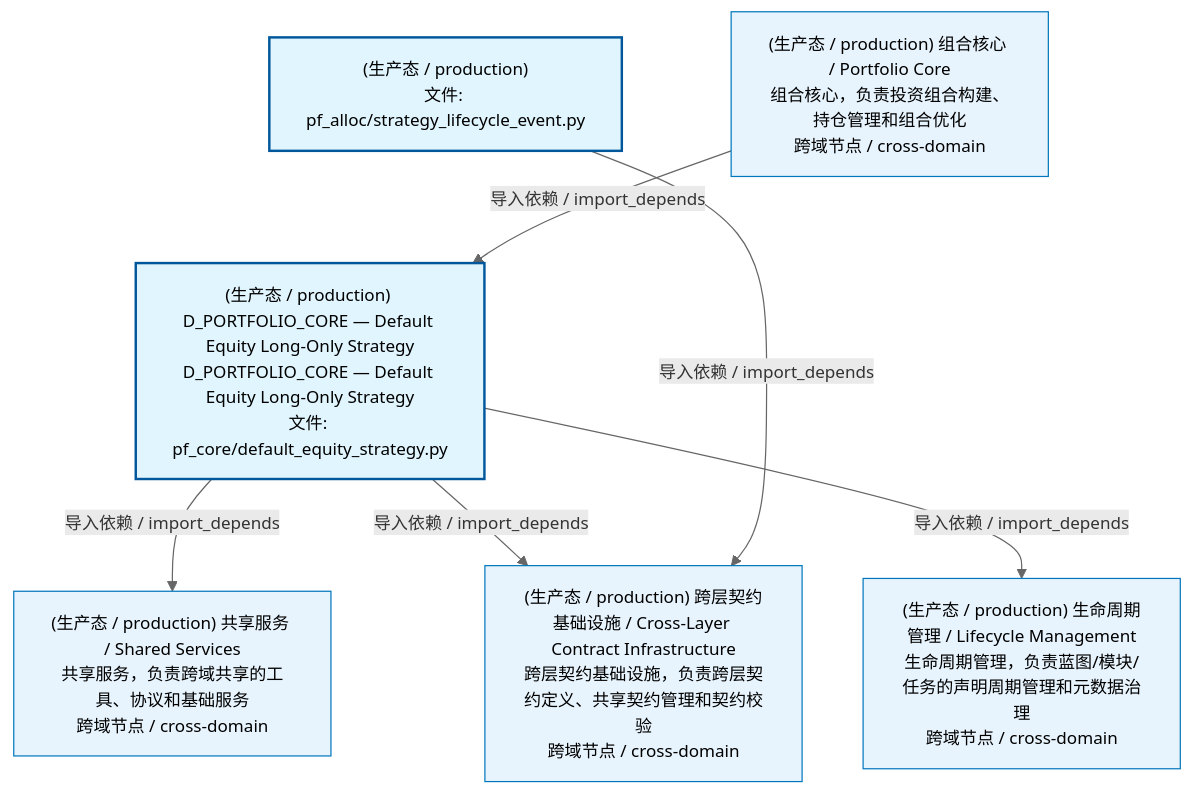
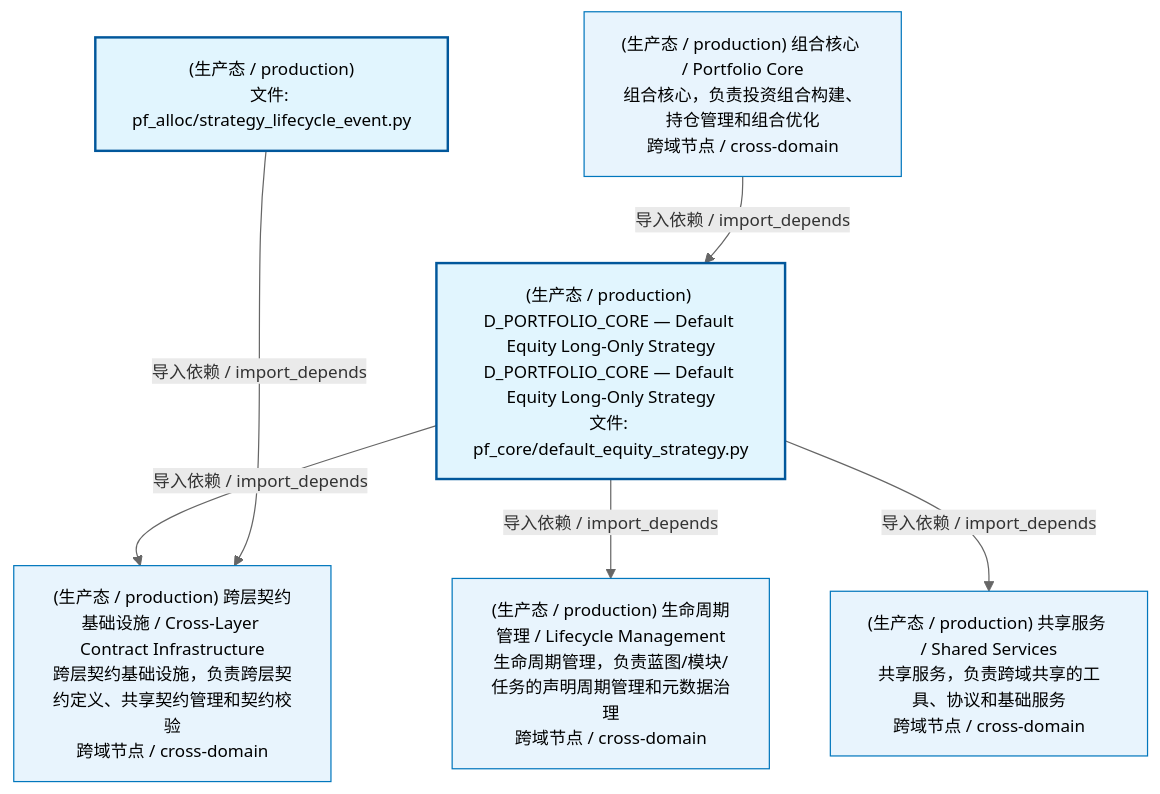
The first of 2 diagrams in docs/02_enterprise_architecture/02_domain_architecture_docs/62_d_pf_alloc.md (xuanFelixVan/ZephyrAlpha), drawn with Mermaid before and after one commit. The commit also changed other lines of this file and 87 other files, not shown here.

````diff
--- a/docs/02_enterprise_architecture/02_domain_architecture_docs/62_d_pf_alloc.md
+++ b/docs/02_enterprise_architecture/02_domain_architecture_docs/62_d_pf_alloc.md
@@ -53,22 +53,22 @@
 ```mermaid
 %%{init: {'theme': 'base', 'themeVariables': {'primaryColor': '#eaeaea', 'primaryTextColor': '#333333', 'primaryBorderColor': '#666666', 'lineColor': '#666666', 'secondaryColor': '#eaeaea', 'tertiaryColor': '#eaeaea', 'fontSize': '14px'}}}%%
 flowchart TD
     src_zephyr_pf_alloc_strategy_lifecycle_event_py["(生产态 / production)<br/>文件: pf_alloc/strategy_lifecycle_event.py"]
     src_zephyr_pf_core_default_equity_strategy_py["(生产态 / production) D_PORTFOLIO_CORE — Default Equity Long-Only Strategy<br/>D_PORTFOLIO_CORE — Default Equity Long-Only Strategy<br/>文件: pf_core/default_equity_strategy.py"]
     src_zephyr_pf_alloc_strategy_lifecycle_event_py ~~~ src_zephyr_pf_core_default_equity_strategy_py
-    D_SHARED["(生产态 / production) 共享服务 / Shared Services<br/>共享服务，负责跨域共享的工具、协议和基础服务<br/>跨域节点 / cross-domain"]
-    src_zephyr_pf_core_default_equity_strategy_py -->|导入依赖 / import_depends| D_SHARED
     D_INFRASTRUCTURE["(生产态 / production) 跨层契约基础设施 / Cross-Layer Contract Infrastructure<br/>跨层契约基础设施，负责跨层契约定义、共享契约管理和契约校验<br/>跨域节点 / cross-domain"]
     src_zephyr_pf_core_default_equity_strategy_py -->|导入依赖 / import_depends| D_INFRASTRUCTURE
     D_GOVERNANCE["(生产态 / production) 生命周期管理 / Lifecycle Management<br/>生命周期管理，负责蓝图/模块/任务的声明周期管理和元数据治理<br/>跨域节点 / cross-domain"]
     src_zephyr_pf_core_default_equity_strategy_py -->|导入依赖 / import_depends| D_GOVERNANCE
+    D_SHARED["(生产态 / production) 共享服务 / Shared Services<br/>共享服务，负责跨域共享的工具、协议和基础服务<br/>跨域节点 / cross-domain"]
+    src_zephyr_pf_core_default_equity_strategy_py -->|导入依赖 / import_depends| D_SHARED
     src_zephyr_pf_alloc_strategy_lifecycle_event_py -->|导入依赖 / import_depends| D_INFRASTRUCTURE
     D_PF_CORE["(生产态 / production) 组合核心 / Portfolio Core<br/>组合核心，负责投资组合构建、持仓管理和组合优化<br/>跨域节点 / cross-domain"]
     D_PF_CORE -->|导入依赖 / import_depends| src_zephyr_pf_core_default_equity_strategy_py
     classDef production fill:#e1f5fe,stroke:#01579b,stroke-width:2px,color:#000
     classDef design fill:#fff3e0,stroke:#e65100,stroke-width:2px,color:#000,stroke-dasharray: 5 5
     classDef external_prod fill:#e8f4fd,stroke:#0277bd,stroke-width:1px,color:#000
     classDef external_design fill:#fff8e7,stroke:#ef6c00,stroke-width:1px,color:#000,stroke-dasharray: 5 5
     class src_zephyr_pf_alloc_strategy_lifecycle_event_py,src_zephyr_pf_core_default_equity_strategy_py production
-    class D_SHARED,D_INFRASTRUCTURE,D_GOVERNANCE,D_PF_CORE external_prod
+    class D_INFRASTRUCTURE,D_GOVERNANCE,D_SHARED,D_PF_CORE external_prod
 ```
````
